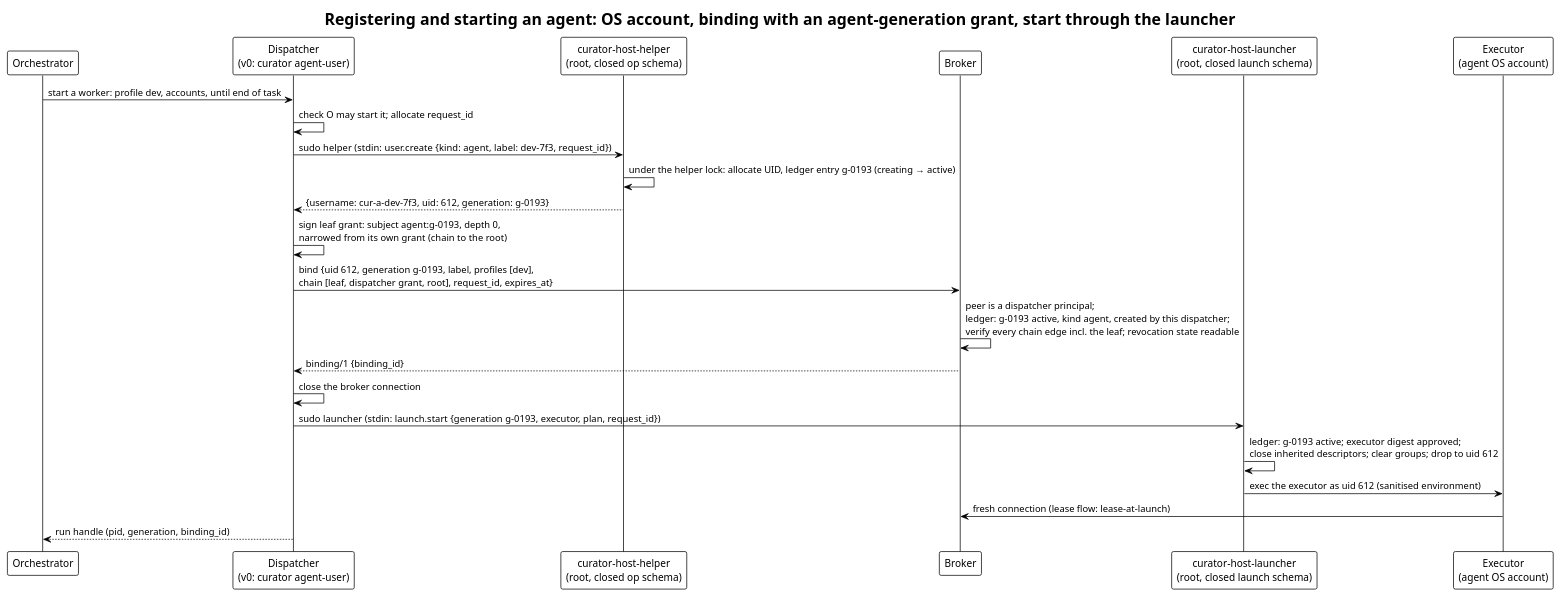
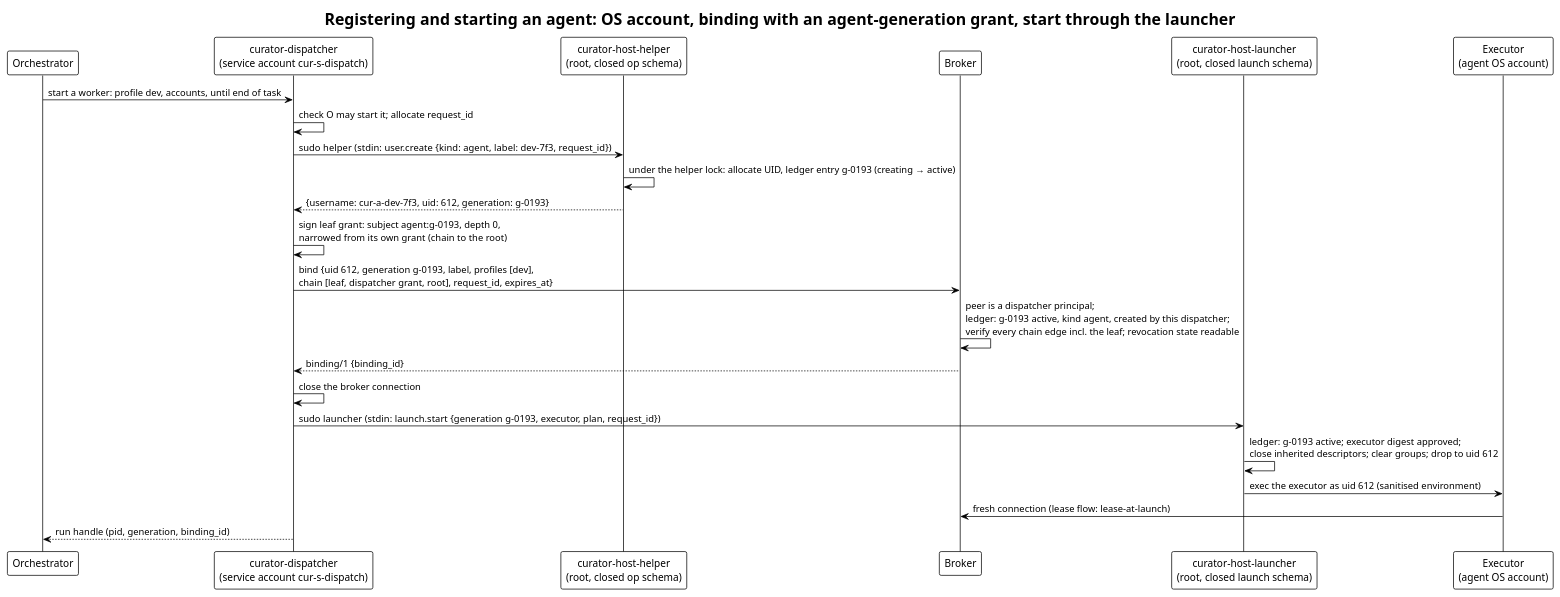
One commit to relux-works/curator-credential-broker changed the diagram in diagrams/agent-registration.puml. Above: the diagram before and after it, drawn with PlantUML. The commit also changed 1 other file, not shown here.

Commit message:
Name curator-dispatcher as the dispatcher
The dispatcher is now its own module (relux-works/curator-dispatcher) running
under its own service account; Curator agent-user commands are its clients.

```diff
--- a/diagrams/agent-registration.puml
+++ b/diagrams/agent-registration.puml
@@ -1,27 +1,27 @@
 @startuml agent-registration
 !theme plain
 title Registering and starting an agent: OS account, binding with an agent-generation grant, start through the launcher
 
 participant "Orchestrator" as O
-participant "Dispatcher\n(v0: curator agent-user)" as D
+participant "curator-dispatcher\n(service account cur-s-dispatch)" as D
 participant "curator-host-helper\n(root, closed op schema)" as H
 participant "Broker" as B
 participant "curator-host-launcher\n(root, closed launch schema)" as L
 participant "Executor\n(agent OS account)" as E
 
 O -> D: start a worker: profile dev, accounts, until end of task
 D -> D: check O may start it; allocate request_id
 D -> H: sudo helper  (stdin: user.create {kind: agent, label: dev-7f3, request_id})
 H -> H: under the helper lock: allocate UID, ledger entry g-0193 (creating → active)
 H --> D: {username: cur-a-dev-7f3, uid: 612, generation: g-0193}
 D -> D: sign leaf grant: subject agent:g-0193, depth 0,\nnarrowed from its own grant (chain to the root)
 D -> B: bind {uid 612, generation g-0193, label, profiles [dev],\nchain [leaf, dispatcher grant, root], request_id, expires_at}
 B -> B: peer is a dispatcher principal;\nledger: g-0193 active, kind agent, created by this dispatcher;\nverify every chain edge incl. the leaf; revocation state readable
 B --> D: binding/1 {binding_id}
 D -> D: close the broker connection
 D -> L: sudo launcher  (stdin: launch.start {generation g-0193, executor, plan, request_id})
 L -> L: ledger: g-0193 active; executor digest approved;\nclose inherited descriptors; clear groups; drop to uid 612
 L -> E: exec the executor as uid 612 (sanitised environment)
 E -> B: fresh connection (lease flow: lease-at-launch)
 D --> O: run handle (pid, generation, binding_id)
 @enduml
```
